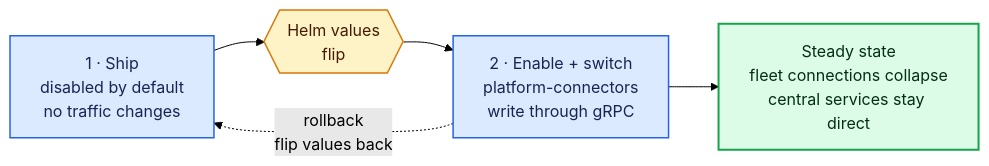
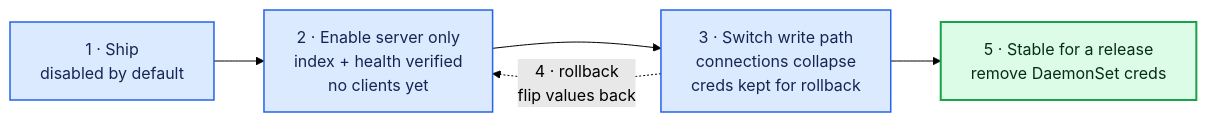
Before and after one commit to KaivalyaMDabhadkar/NVSentinel: the sixth of 6 diagrams in docs/designs/050-datastore-api-server.md, drawn with Mermaid (forest theme). The commit also changed other lines of this file, not shown here.

````diff
--- a/docs/designs/050-datastore-api-server.md
+++ b/docs/designs/050-datastore-api-server.md
@@ -489,17 +519,15 @@
 ```mermaid
 flowchart LR
-    P1["1 · Ship<br/>disabled by default<br/>no traffic changes"]
-    FLIP{{"Helm values<br/>flip"}}
-    P2["2 · Enable + switch<br/>platform-connectors<br/>write through gRPC"]
-    RESULT["Steady state<br/>fleet connections collapse<br/>central services stay direct"]
+    P1["1 · Ship<br/>disabled by default"]
+    P2["2 · Enable server only<br/>index + health verified<br/>no clients yet"]
+    P3["3 · Switch write path<br/>connections collapse<br/>creds kept for rollback"]
+    P5["5 · Stable for a release<br/>remove DaemonSet creds"]
 
-    P1 --> FLIP --> P2 --> RESULT
-    P2 -. "rollback<br/>flip values back" .-> P1
+    P1 --> P2 --> P3 --> P5
+    P3 -. "4 · rollback<br/>flip values back" .-> P2
 
     classDef phase fill:#DBEAFE,stroke:#2563EB,color:#172554,stroke-width:1.5px
-    classDef action fill:#FEF3C7,stroke:#D97706,color:#451A03,stroke-width:1.5px
     classDef result fill:#DCFCE7,stroke:#16A34A,color:#052E16,stroke-width:2px
-    class P1,P2 phase
-    class FLIP action
-    class RESULT result
+    class P1,P2,P3 phase
+    class P5 result
 ```
````
